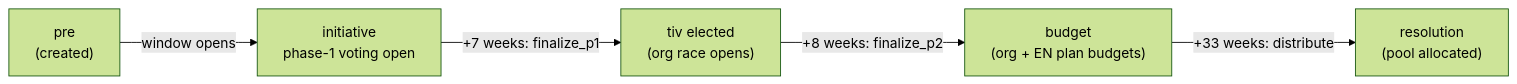
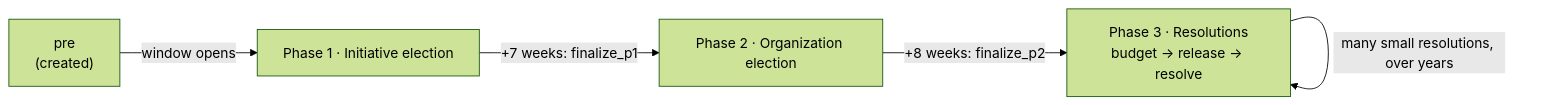
The second of 2 diagrams in README.md (Tre5co/EBX), drawn with Mermaid (forest theme) before and after one commit. The commit also changed other lines of this file and 28 other files, not shown here.

Commit message:
Many small changes - post system

````diff
--- a/README.md
+++ b/README.md
@@ -115,7 +128,7 @@
 ```mermaid
 flowchart LR
-    PRE["pre<br/>(created)"] -->|window opens| INIT["initiative<br/>phase-1 voting open"]
-    INIT -->|"+7 weeks: finalize_p1"| TIV["tiv elected<br/>(org race opens)"]
-    TIV -->|"+8 weeks: finalize_p2"| BUD["budget<br/>(org + EN plan budgets)"]
-    BUD -->|"+33 weeks: distribute"| RES["resolution<br/>(pool allocated)"]
+    PRE["pre<br/>(created)"] -->|window opens| P1["Phase 1 · Initiative election"]
+    P1 -->|"+7 weeks: finalize_p1"| P2["Phase 2 · Organization election"]
+    P2 -->|"+8 weeks: finalize_p2"| P3["Phase 3 · Resolutions<br/>budget → release → resolve"]
+    P3 -->|"many small resolutions, over years"| P3
 ```
````
